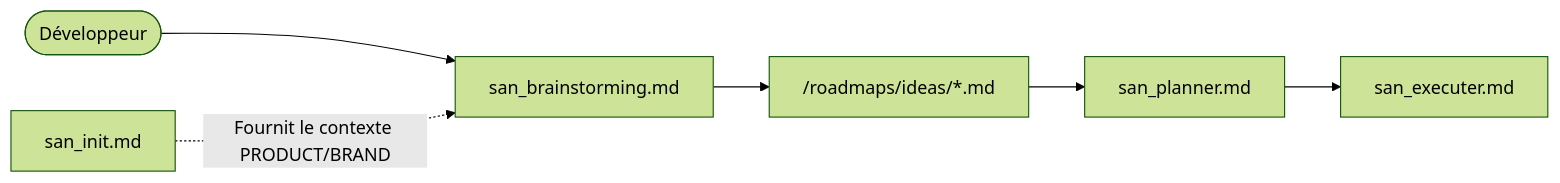
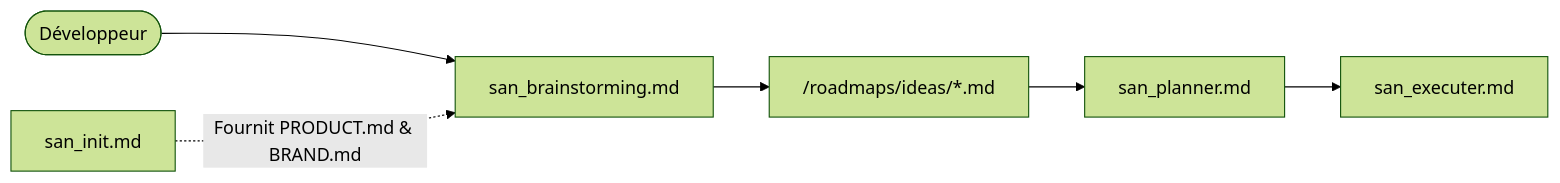
The second of 2 diagrams in skills/san_brainstorming.md (alexsan-dev/san_agy_framework), drawn with Mermaid (forest theme) before and after one commit. The commit also changed other lines of this file and 41 other files, not shown here.

Commit message:
feat(phase3): packaging and automated testing of onboarding & scoping core (san_init, san_brainstorming, san_planner)

````diff
--- a/skills/san_brainstorming.md
+++ b/skills/san_brainstorming.md
@@ -226,10 +444,10 @@
 ```mermaid
 flowchart LR
     Dev(["Développeur"]) --> san_brainstorming["san_brainstorming.md"]
-    san_init["san_init.md"] -.->|Fournit le contexte PRODUCT/BRAND| san_brainstorming
+    san_init["san_init.md"] -.->|Fournit PRODUCT.md & BRAND.md| san_brainstorming
     
     san_brainstorming --> IDEAS["/roadmaps/ideas/*.md"]
     IDEAS --> san_planner["san_planner.md"]
     
     san_planner --> san_executer["san_executer.md"]
 ```
````
